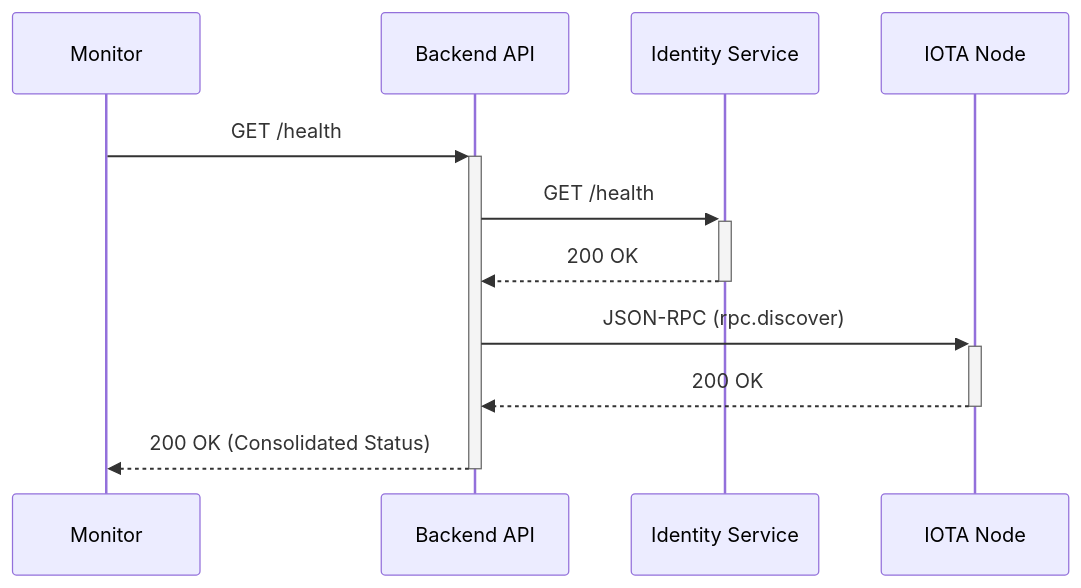
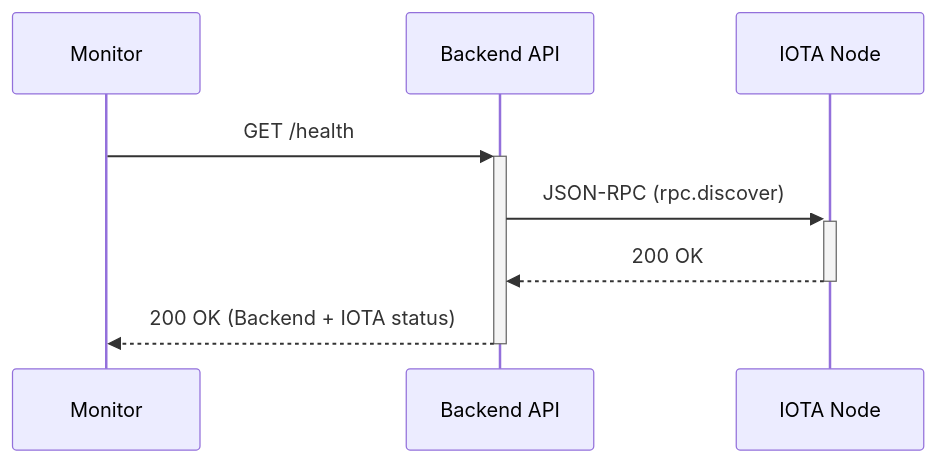
One commit to theweboftrust/wot.id-public-docs changed the fourth of 4 diagrams in 04_Backend_And_Identity_Service.md. Above: the diagram before and after it, drawn with Mermaid. The commit also changed other lines of this file, not shown here.

````diff
--- a/04_Backend_And_Identity_Service.md
+++ b/04_Backend_And_Identity_Service.md
@@ -686,14 +682,11 @@
 ```mermaid
 sequenceDiagram
     participant Monitor
     participant Backend API
-    participant Identity Service
     participant IOTA Node
 
     Monitor->>+Backend API: GET /health
-    Backend API->>+Identity Service: GET /health
-    Identity Service-->>-Backend API: 200 OK
     Backend API->>+IOTA Node: JSON-RPC (rpc.discover)
     IOTA Node-->>-Backend API: 200 OK
-    Backend API-->>-Monitor: 200 OK (Consolidated Status)
+    Backend API-->>-Monitor: 200 OK (Backend + IOTA status)
 ```
````
